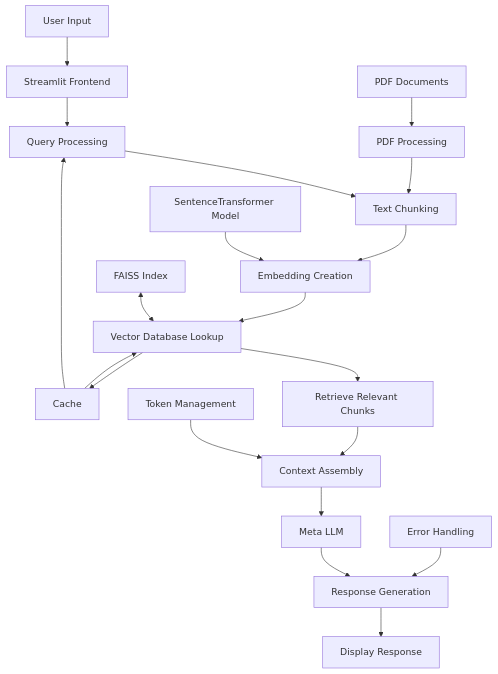
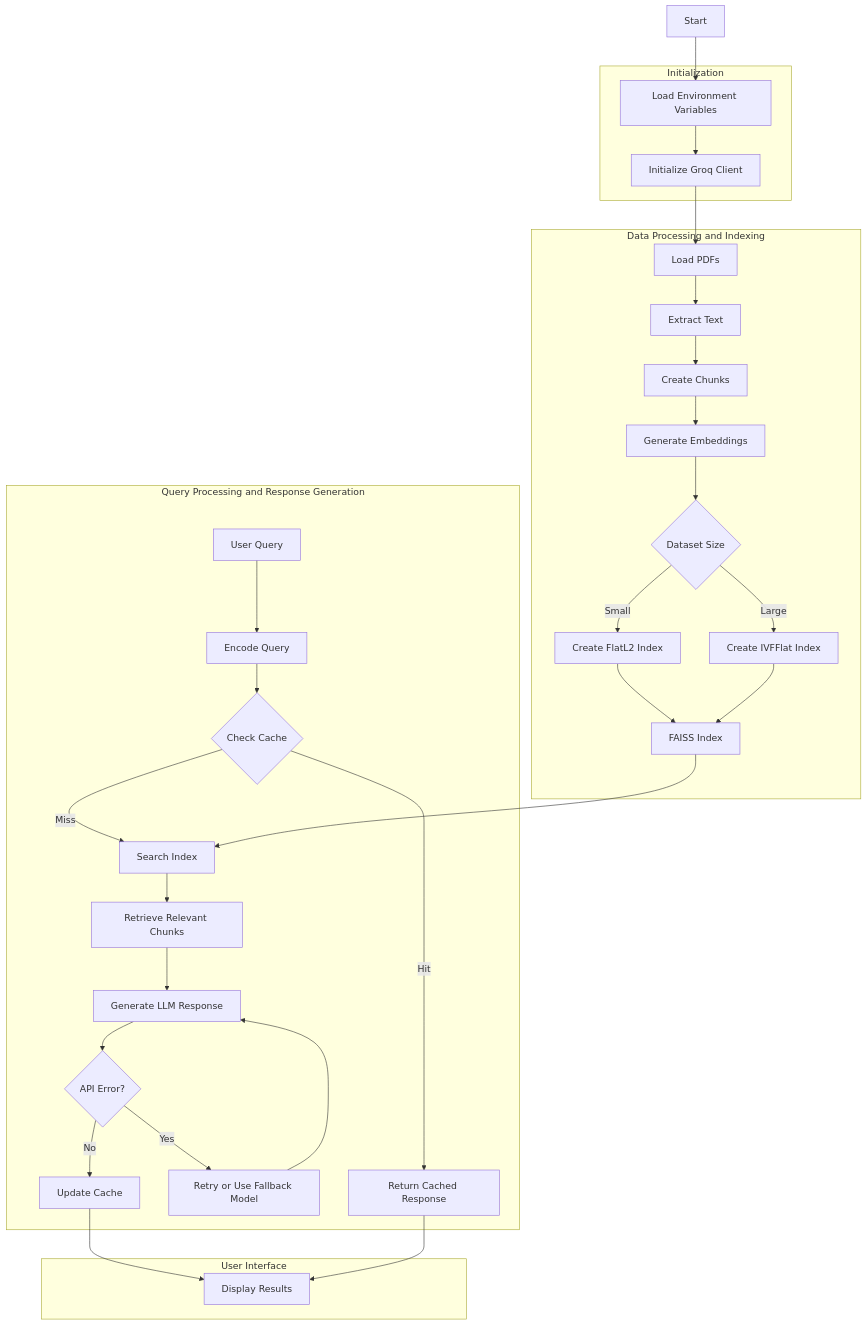
The sixth of 8 diagrams in readme.md (kanad13/RAGify), drawn with Mermaid before and after one commit. The commit also changed other lines of this file, not shown here.

Commit message:
architecture diagram added

````diff
--- a/readme.md
+++ b/readme.md
@@ -373,22 +373,60 @@
 ```mermaid
-graph TD
-    A[User Input] --> B[Streamlit Frontend]
-    B --> C[Query Processing]
-    C --> D[Text Chunking]
-    D --> E[Embedding Creation]
-    E --> F[Vector Database Lookup]
-    F --> G[Retrieve Relevant Chunks]
-    G --> H[Context Assembly]
-    H --> I[Meta LLM]
-    I --> J[Response Generation]
-    J --> K[Display Response]
-    L[PDF Documents] --> M[PDF Processing]
-    M --> D
-    N[FAISS Index] <--> F
-    O[SentenceTransformer Model] --> E
-    P[Token Management] --> H
-    Q[Error Handling] --> J
-    R[Cache] --> C
-    R --> F
-    F --> R
+flowchart TD
+    A[Start] --> B[Load Environment Variables]
+    B --> C[Initialize Groq Client]
+    C --> D[Load PDFs]
+    D --> E[Extract Text]
+    E --> F[Create Chunks]
+    F --> G[Generate Embeddings]
+    G --> H{Dataset Size}
+    H -- Small --> I[Create FlatL2 Index]
+    H -- Large --> J[Create IVFFlat Index]
+    I --> K[FAISS Index]
+    J --> K
+    L[User Query] --> M[Encode Query]
+    M --> N{Check Cache}
+    N -- Hit --> O[Return Cached Response]
+    N -- Miss --> P[Search Index]
+    K --> P
+    P --> Q[Retrieve Relevant Chunks]
+    Q --> R[Generate LLM Response]
+    R --> S{API Error?}
+    S -- Yes --> T[Retry or Use Fallback Model]
+    T --> R
+    S -- No --> U[Update Cache]
+    U --> V[Display Results]
+    O --> V
+
+    subgraph "Initialization"
+        B
+        C
+    end
+
+    subgraph "Data Processing and Indexing"
+        D
+        E
+        F
+        G
+        H
+        I
+        J
+        K
+    end
+
+    subgraph "Query Processing and Response Generation"
+        L
+        M
+        N
+        O
+        P
+        Q
+        R
+        S
+        T
+        U
+    end
+
+    subgraph "User Interface"
+        V
+    end
 ```
````
